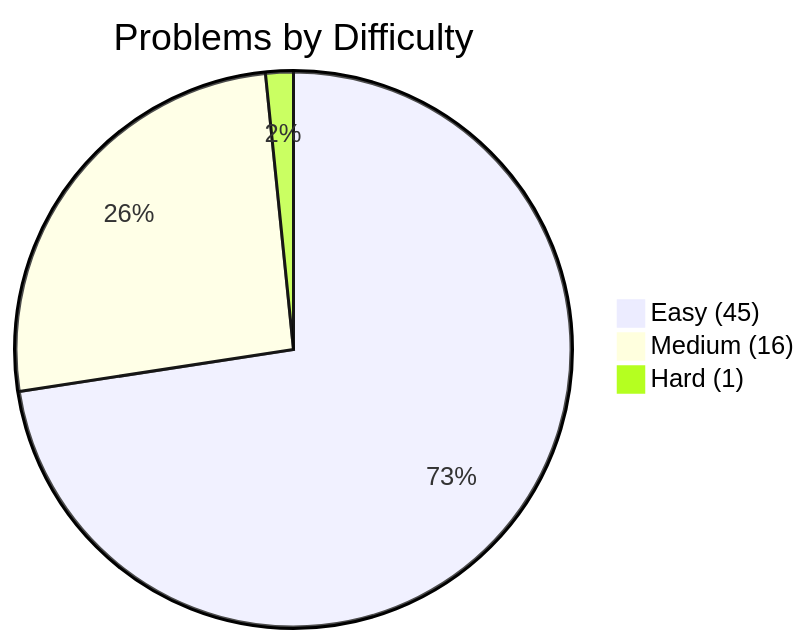
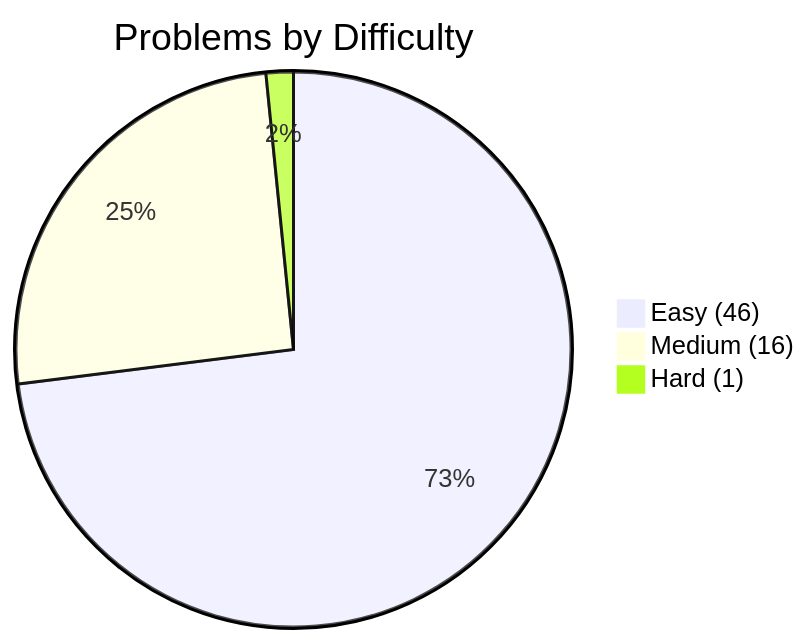
The first of 2 diagrams in PROGRESS.md (kanishk-procoder/leetcode-grind), drawn with Mermaid before and after one commit. The commit also changed other lines of this file and 4 other files, not shown here.

````diff
--- a/PROGRESS.md
+++ b/PROGRESS.md
@@ -5,6 +5,6 @@
 ```mermaid
 pie title Problems by Difficulty
-    "Easy (45)" : 45
+    "Easy (46)" : 46
     "Medium (16)" : 16
     "Hard (1)" : 1
 ```
````
